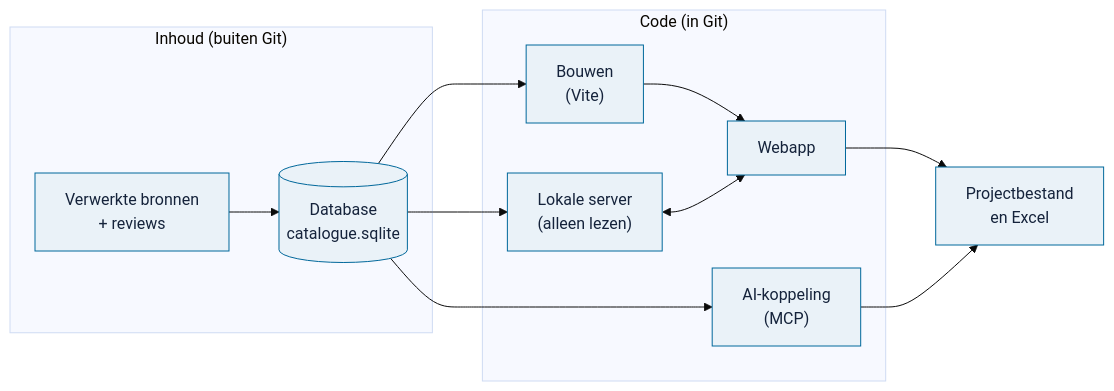
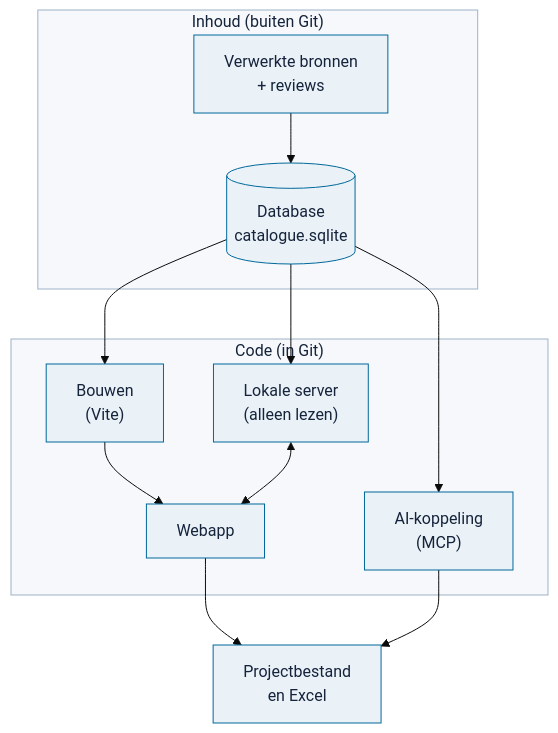
The diagram in docs/bijdragen/architectuur.md (Robert-Worm/omnibus), drawn with Mermaid (base theme) before and after one commit. The commit also changed 29 other files, not shown here.

First line of the commit message:
Beeld en schema's: scherp in licht en donker (#130)

````diff
--- a/docs/bijdragen/architectuur.md
+++ b/docs/bijdragen/architectuur.md
@@ -9,18 +9,20 @@
 ```mermaid
-flowchart LR
+flowchart TD
     subgraph Inhoud["Inhoud (buiten Git)"]
         P["Verwerkte bronnen<br/>+ reviews"] --> DB[("Database<br/>catalogue.sqlite")]
     end
     subgraph Code["Code (in Git)"]
         B["Bouwen<br/>(Vite)"] --> W["Webapp"]
         S["Lokale server<br/>(alleen lezen)"]
         M["AI-koppeling<br/>(MCP)"]
     end
     DB --> B
     DB --> S
     DB --> M
     S <--> W
     W --> X["Projectbestand<br/>en Excel"]
     M --> X
     classDef default fill:#eaf2f8,stroke:#01689b,color:#15233b;
+    classDef groep fill:#f6f8fb,stroke:#9fb3c8,color:#15233b;
+    class Inhoud,Code groep;
 ```
````
